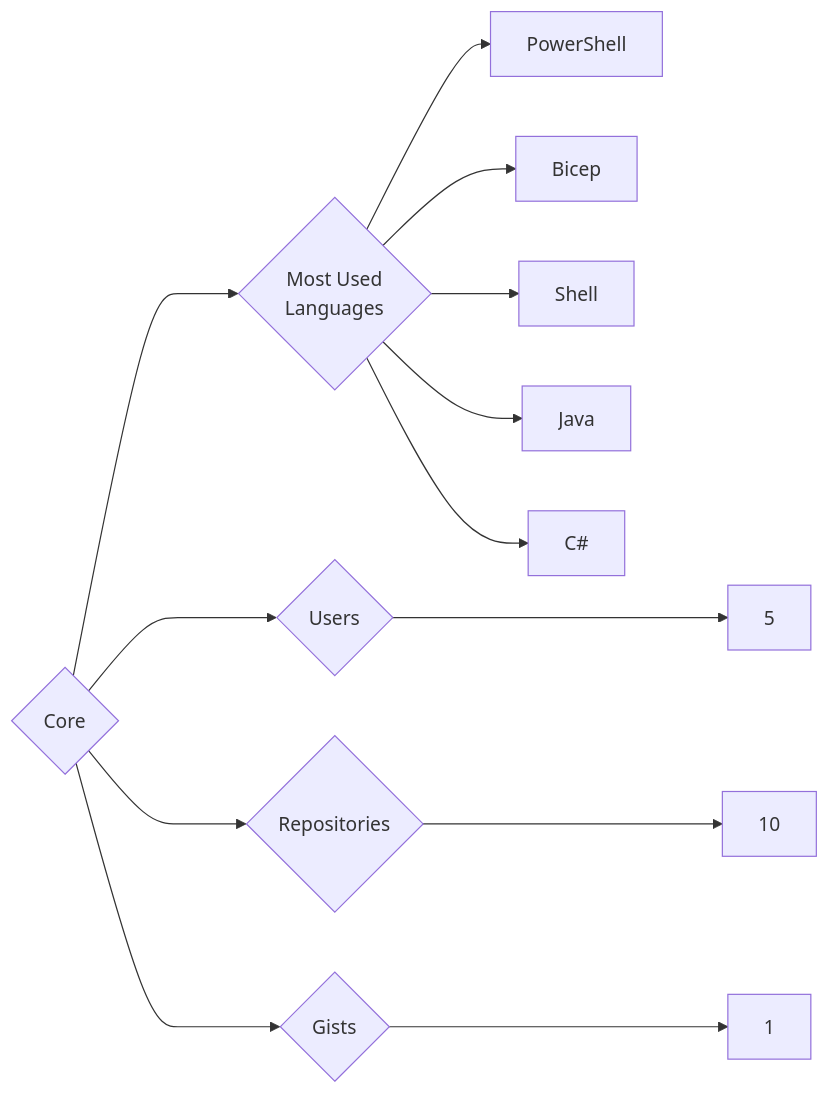
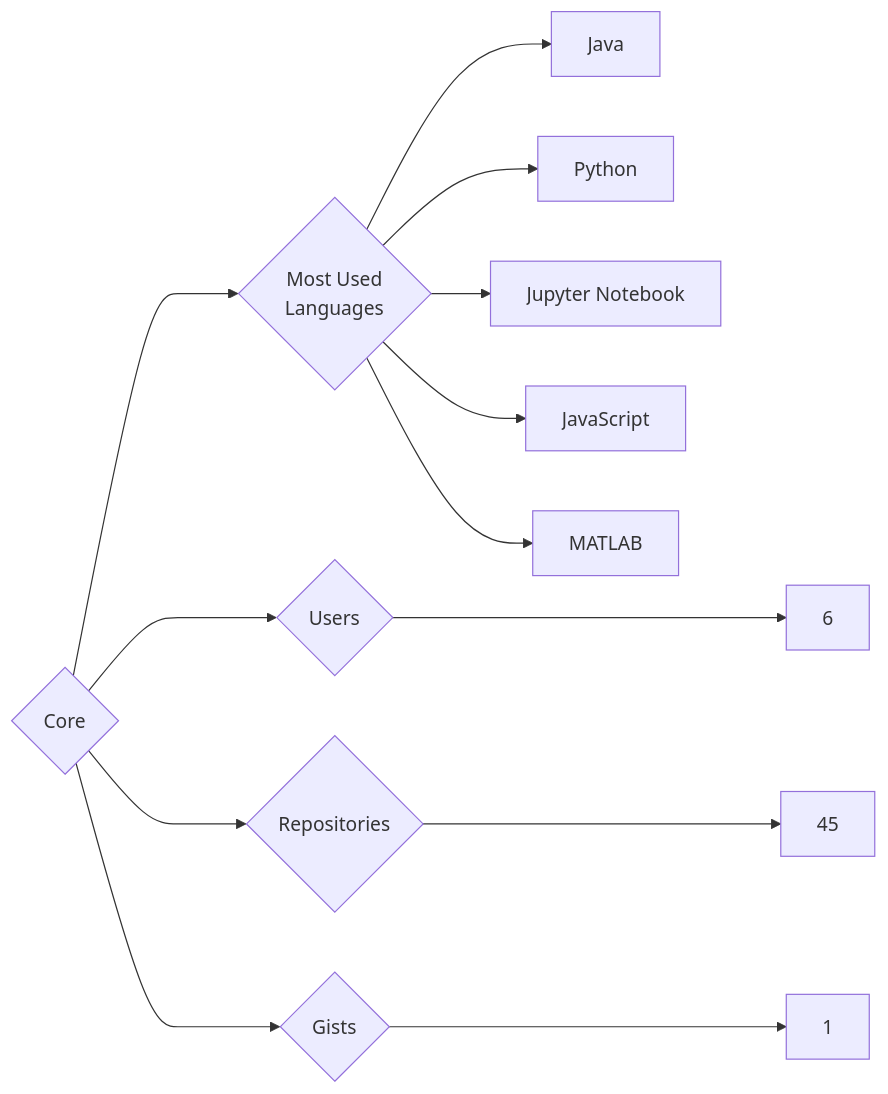
The diagram in targets/Core/README.md (trickest/insiders), drawn with Mermaid before and after one commit. The commit also changed 1003 other files, not shown here.

````diff
--- a/targets/Core/README.md
+++ b/targets/Core/README.md
@@ -3,13 +3,13 @@
 ```mermaid
 graph LR
 COMPANY_NAME{Core}
-COMPANY_NAME ---> U{Users} ---> UN[5]
-COMPANY_NAME ---> R{Repositories} ---> RN[10]
+COMPANY_NAME ---> U{Users} ---> UN[6]
+COMPANY_NAME ---> R{Repositories} ---> RN[45]
 COMPANY_NAME ---> G{Gists} ---> GN[1]
 COMPANY_NAME ---> ML{Most Used<br>Languages}
-ML --> PowerShell[PowerShell]
-ML --> Bicep[Bicep]
-ML --> Shell[Shell]
 ML --> Java[Java]
-ML --> C#[C#]
+ML --> Python[Python]
+ML --> Jupyter_Notebook[Jupyter Notebook]
+ML --> JavaScript[JavaScript]
+ML --> MATLAB[MATLAB]
 ```
````
